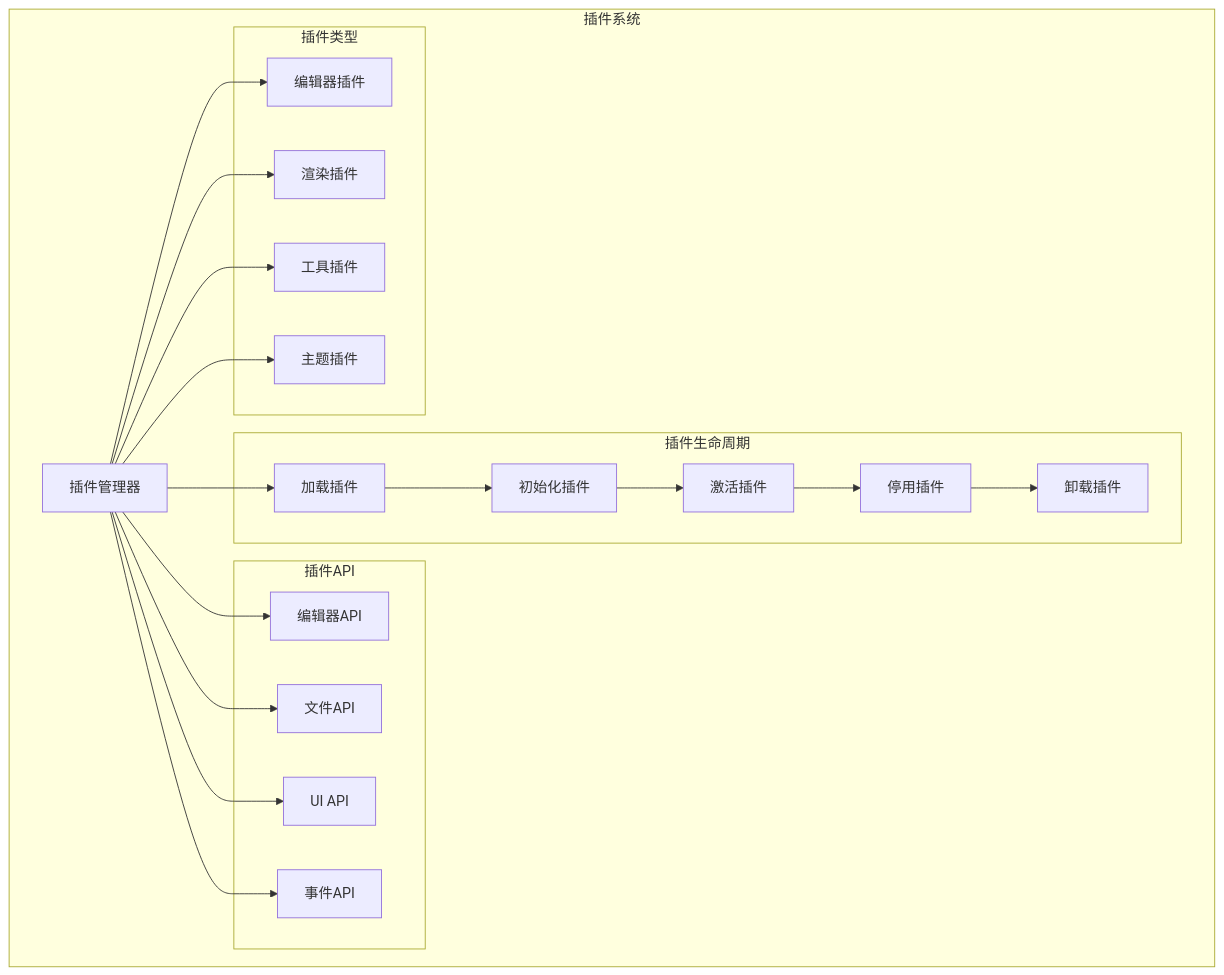
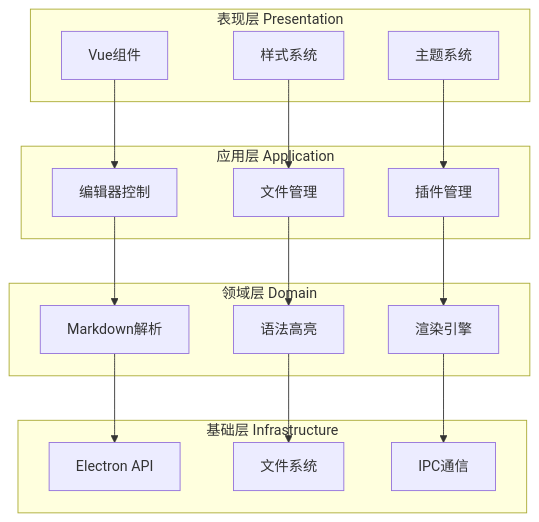
One commit to hemy08/BaiZeNotesByVue changed diagram 14 of 34 in doc/架构文档.md. Above: the diagram before and after it, drawn with Mermaid. The commit also changed other lines of this file and 41 other files, not shown here.

````diff
--- a/doc/架构文档.md
+++ b/doc/架构文档.md
@@ -844,44 +560,38 @@
 ```mermaid
 graph TB
-    subgraph "插件系统"
-        A[插件管理器]
-
-        subgraph "插件生命周期"
-            B1[加载插件]
-            B2[初始化插件]
-            B3[激活插件]
-            B4[停用插件]
-            B5[卸载插件]
-        end
-
-        subgraph "插件API"
-            C1[编辑器API]
-            C2[文件API]
-            C3[UI API]
-            C4[事件API]
-        end
-
-        subgraph "插件类型"
-            D1[编辑器插件]
-            D2[渲染插件]
-            D3[工具插件]
-            D4[主题插件]
-        end
+    subgraph 表现层 Presentation
+        P1[Vue组件]
+        P2[样式系统]
+        P3[主题系统]
     end
-
-    A --> B1
-    B1 --> B2
-    B2 --> B3
-    B3 --> B4
-    B4 --> B5
-
-    A --> C1
-    A --> C2
-    A --> C3
-    A --> C4
-
-    A --> D1
-    A --> D2
-    A --> D3
-    A --> D4
+    
+    subgraph 应用层 Application
+        A1[编辑器控制]
+        A2[文件管理]
+        A3[插件管理]
+    end
+    
+    subgraph 领域层 Domain
+        D1[Markdown解析]
+        D2[语法高亮]
+        D3[渲染引擎]
+    end
+    
+    subgraph 基础层 Infrastructure
+        I1[Electron API]
+        I2[文件系统]
+        I3[IPC通信]
+    end
+    
+    P1 --> A1
+    P2 --> A2
+    P3 --> A3
+    
+    A1 --> D1
+    A2 --> D2
+    A3 --> D3
+    
+    D1 --> I1
+    D2 --> I2
+    D3 --> I3
 ```
````
